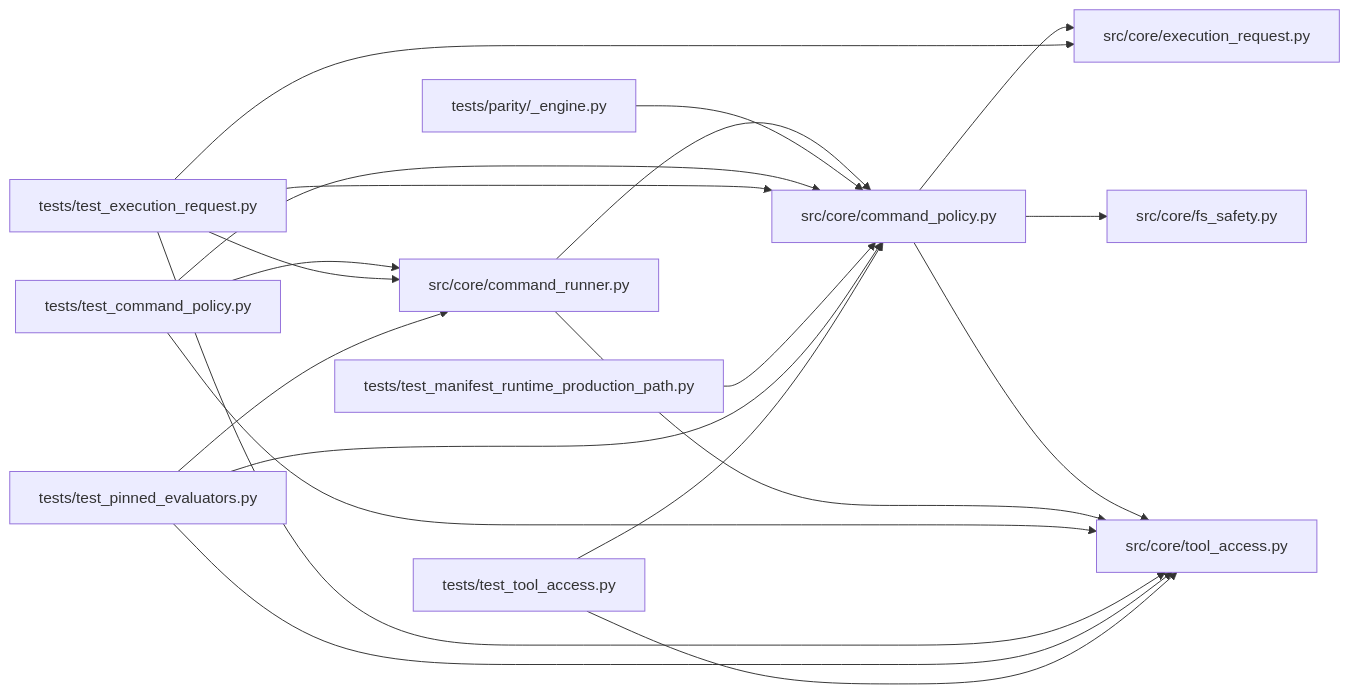
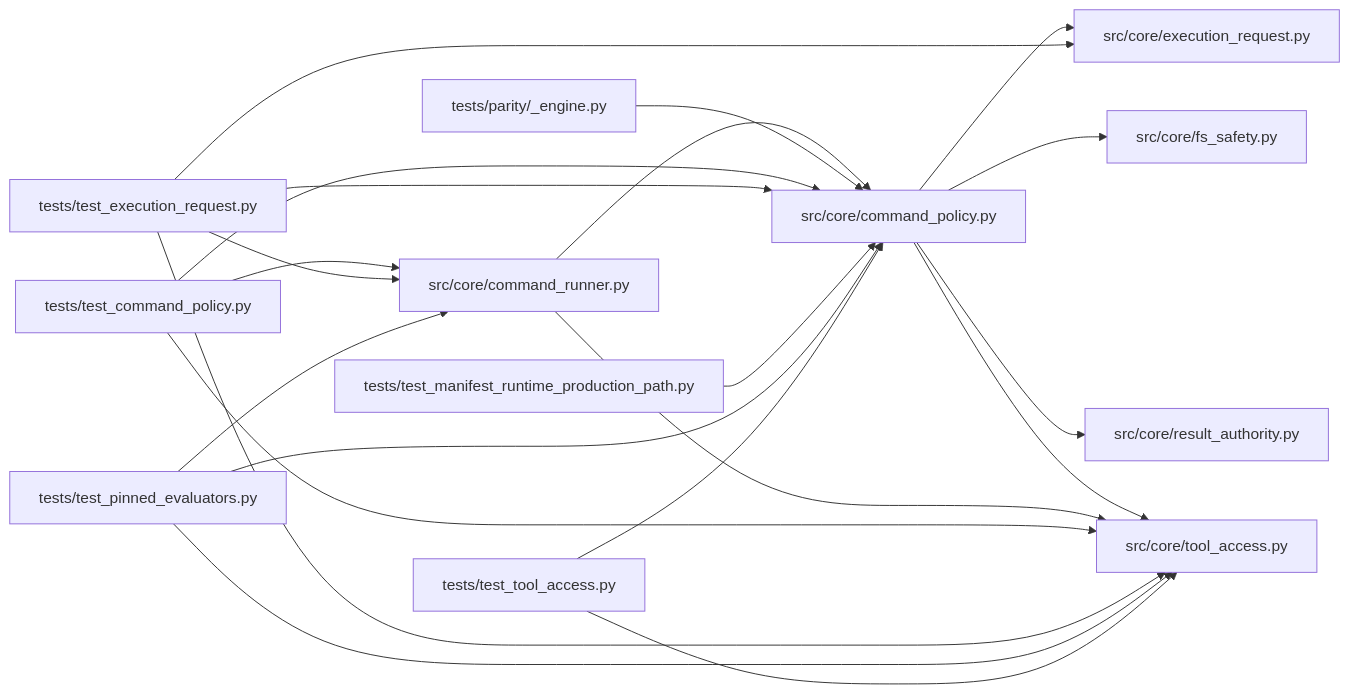
One commit to Denissvgn/autoresearch-agent changed the diagram in docs/llm_wiki/modules/command_policy.md. Above: the diagram before and after it, drawn with Mermaid. The commit also changed other lines of this file and 36 other files, not shown here.

````diff
--- a/docs/llm_wiki/modules/command_policy.md
+++ b/docs/llm_wiki/modules/command_policy.md
@@ -27,44 +28,47 @@
 ```mermaid
 flowchart LR
     n0["src/core/command_policy.py"]
     n1["src/core/command_runner.py"]
     n2["src/core/execution_request.py"]
     n3["src/core/fs_safety.py"]
-    n4["src/core/tool_access.py"]
-    n5["tests/parity/_engine.py"]
-    n6["tests/test_command_policy.py"]
-    n7["tests/test_execution_request.py"]
-    n8["tests/test_manifest_runtime_production_path.py"]
-    n9["tests/test_pinned_evaluators.py"]
-    n10["tests/test_tool_access.py"]
+    n4["src/core/result_authority.py"]
+    n5["src/core/tool_access.py"]
+    n6["tests/parity/_engine.py"]
+    n7["tests/test_command_policy.py"]
+    n8["tests/test_execution_request.py"]
+    n9["tests/test_manifest_runtime_production_path.py"]
+    n10["tests/test_pinned_evaluators.py"]
+    n11["tests/test_tool_access.py"]
     n0 --> n2
     n0 --> n3
     n0 --> n4
+    n0 --> n5
     n1 --> n0
-    n1 --> n4
-    n5 --> n0
+    n1 --> n5
     n6 --> n0
-    n6 --> n1
-    n6 --> n4
     n7 --> n0
     n7 --> n1
-    n7 --> n2
-    n7 --> n4
+    n7 --> n5
     n8 --> n0
+    n8 --> n1
+    n8 --> n2
+    n8 --> n5
     n9 --> n0
-    n9 --> n1
-    n9 --> n4
     n10 --> n0
-    n10 --> n4
+    n10 --> n1
+    n10 --> n5
+    n11 --> n0
+    n11 --> n5
     click n0 "../modules/command_policy.md"
     click n1 "../modules/command_runner.md"
     click n2 "../modules/execution_request.md"
     click n3 "../modules/fs_safety.md"
-    click n4 "../modules/tool_access.md"
-    click n5 "../modules/_engine.md"
-    click n6 "../modules/test_command_policy.md"
-    click n7 "../modules/test_execution_request.md"
-    click n8 "../modules/test_manifest_runtime_production_path.md"
-    click n9 "../modules/test_pinned_evaluators.md"
-    click n10 "../modules/test_tool_access.md"
+    click n4 "../modules/result_authority.md"
+    click n5 "../modules/tool_access.md"
+    click n6 "../modules/_engine.md"
+    click n7 "../modules/test_command_policy.md"
+    click n8 "../modules/test_execution_request.md"
+    click n9 "../modules/test_manifest_runtime_production_path.md"
+    click n10 "../modules/test_pinned_evaluators.md"
+    click n11 "../modules/test_tool_access.md"
 ```
````
